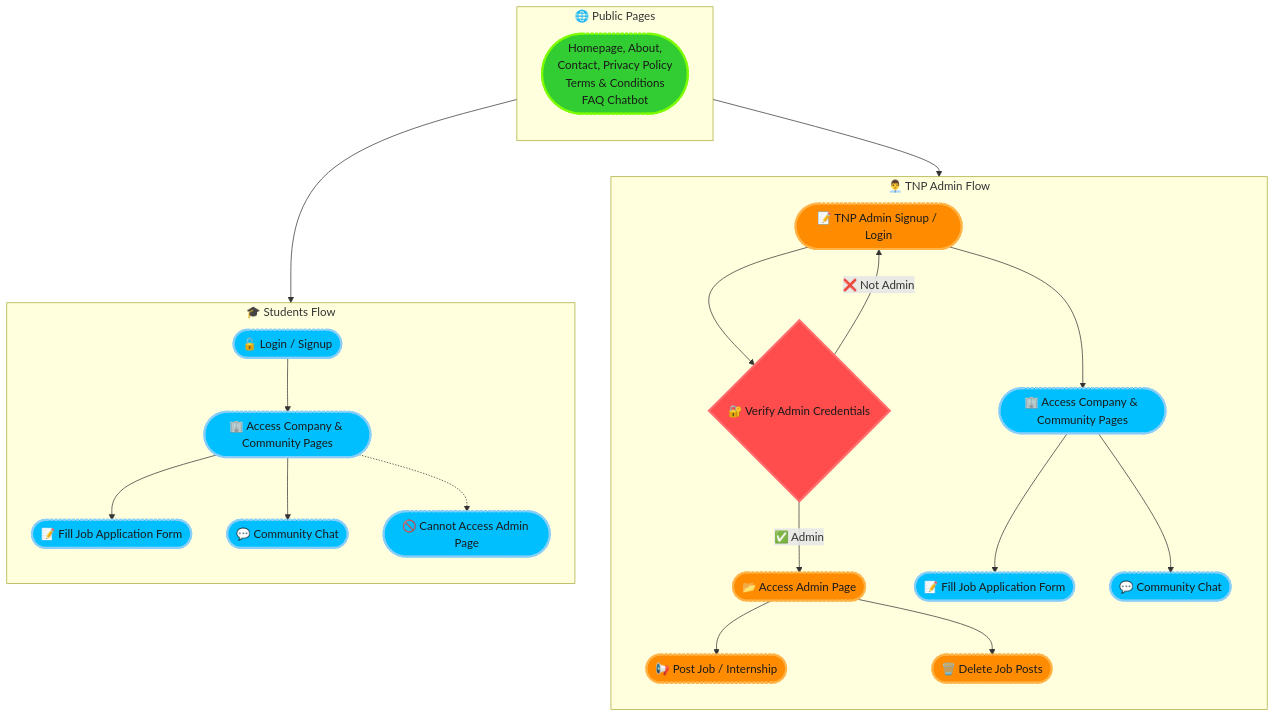
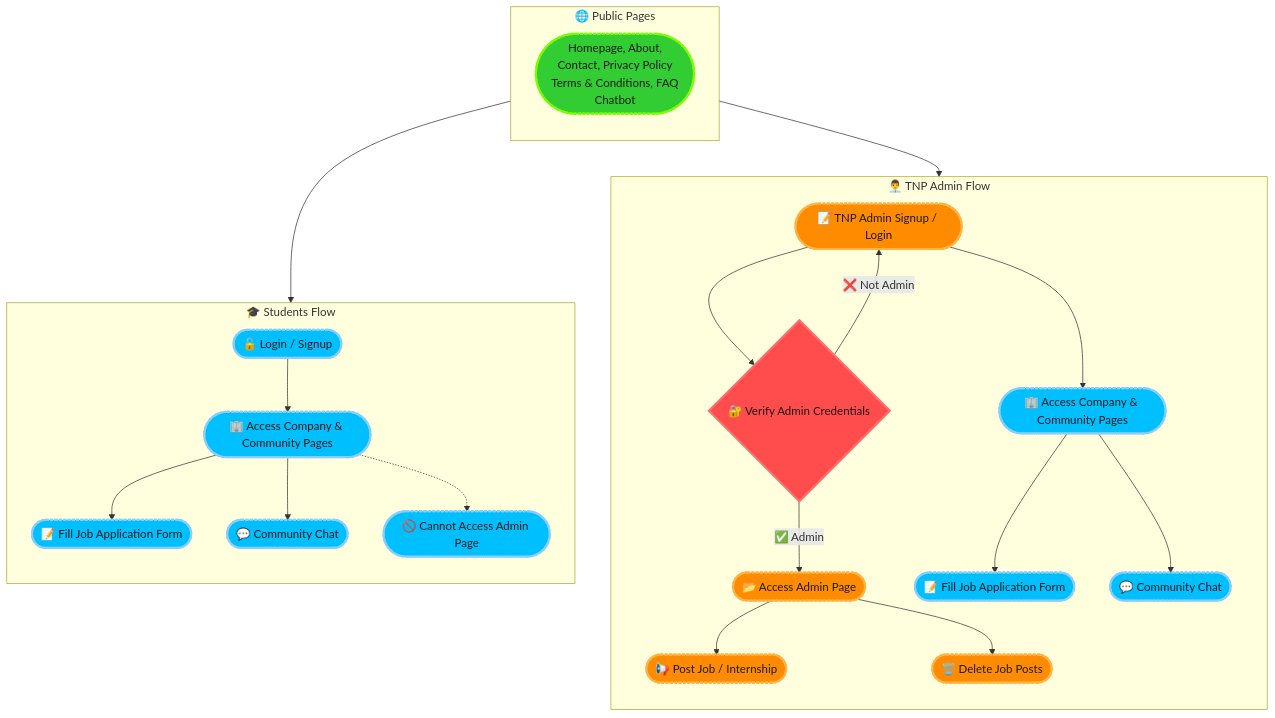
Before and after one commit to deepak-pandey1/BPIT-CareerHub: the diagram in README.md, drawn with Mermaid.

````diff
--- a/README.md
+++ b/README.md
@@ -9,44 +9,44 @@
 ```mermaid
 graph TD
     %% Define styles
     classDef adminNode fill:#ff8c00,stroke:#ffb347,stroke-width:3px,color:#1a1a1a,stroke-dasharray:4 2,round
     classDef studentNode fill:#00bfff,stroke:#87cefa,stroke-width:3px,color:#1a1a1a,stroke-dasharray:4 2,round
     classDef publicNode fill:#32cd32,stroke:#7cfc00,stroke-width:3px,color:#1a1a1a,stroke-dasharray:4 2,round
     classDef decisionNode fill:#ff4c4c,stroke:#ff6e6e,stroke-width:3px,color:#1a1a1a
 
     %% Shared Public Access
     subgraph Public["🌐 Public Pages"]
         direction TB
-        P1([Homepage, About,<br> Contact, Privacy Policy<br> Terms & Conditions<br> FAQ Chatbot]):::publicNode
+        P1([Homepage, About,<br> Contact, Privacy Policy<br> Terms & Conditions, FAQ<br>  Chatbot]):::publicNode
     end
 
     %% TNP Admin Flow
     subgraph TNP_Admin["👨‍💼 TNP Admin Flow"]
         direction TB
         A1([📝 TNP Admin Signup / Login]):::adminNode --> B1{🔐 Verify Admin Credentials}:::decisionNode
         B1 -->|✅ Admin| C1([📂 Access Admin Page]):::adminNode
         B1 -->|❌ Not Admin| A1
 
         C1 --> D1([📢 Post Job / Internship]):::adminNode
         C1 --> E1([🗑️ Delete Job Posts]):::adminNode
 
         A1 --> A2([🏢 Access Company & Community Pages]):::studentNode
         A2 --> A3([📝 Fill Job Application Form]):::studentNode
         A2 --> A4([💬 Community Chat]):::studentNode
     end
 
     %% Students Flow
     subgraph Students["🎓 Students Flow"]
         direction TB
         S1([🔓 Login / Signup]):::studentNode --> S2([🏢 Access Company & Community Pages]):::studentNode
         S2 --> S3([📝 Fill Job Application Form]):::studentNode
         S2 --> S4([💬 Community Chat]):::studentNode
         S2 -.-> S5([🚫 Cannot Access Admin Page]):::studentNode
     end
 
     %% Connect Public to both flows
     P1 --> A1
     P1 --> S1
 
 
 ```
````
